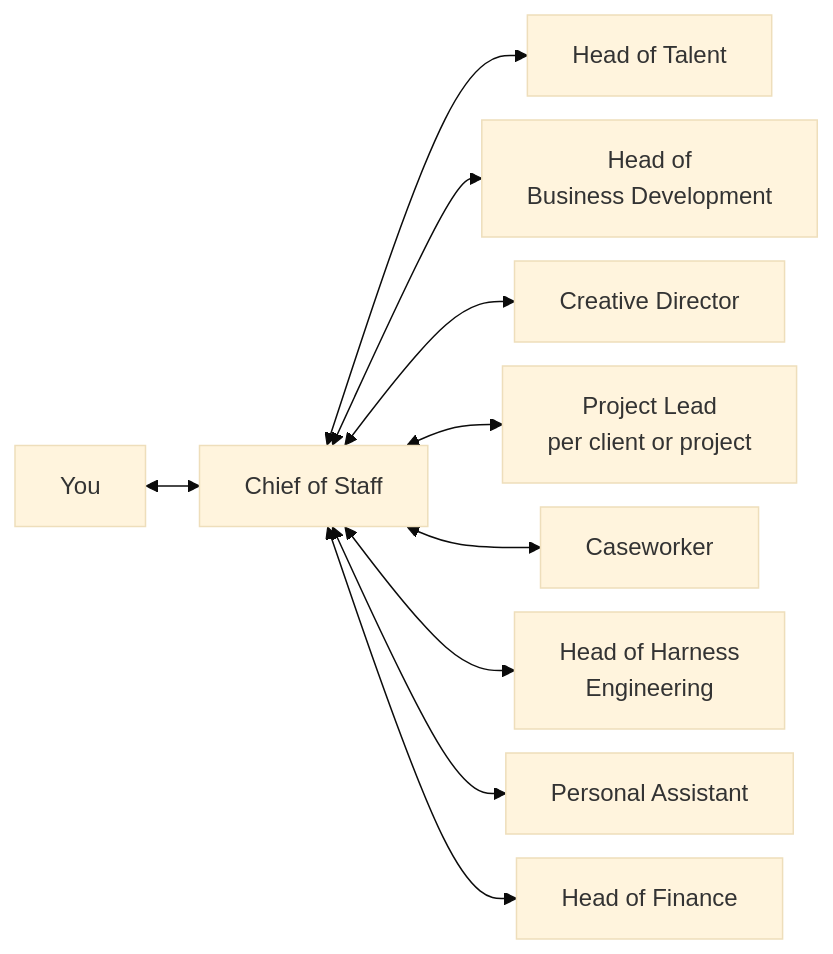
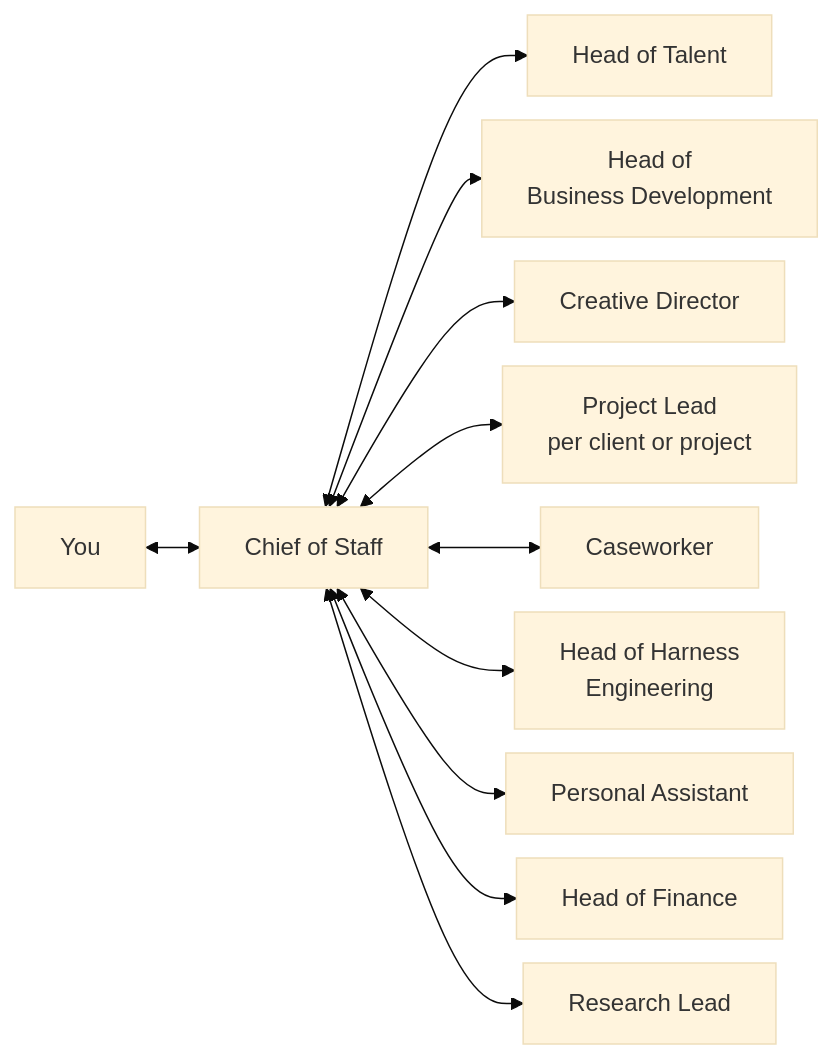
One commit to benohanlon/ooda-harness changed the first of 2 diagrams in README.md. Above: the diagram before and after it, drawn with Mermaid (base theme). The commit also changed other lines of this file and 4 other files, not shown here.

````diff
--- a/README.md
+++ b/README.md
@@ -105,22 +105,23 @@
 ```mermaid
 ---
 config:
   layout: dagre
   look: classic
   flowchart:
     nodeSpacing: 16
     rankSpacing: 36
     wrappingWidth: 200
     minNodeWidth: 0
 ---
 flowchart LR
     human["You"] <--> chief["Chief of Staff"]
     chief <--> talent["Head of Talent"]
     chief <--> business["Head of<br/>Business Development"]
     chief <--> creative["Creative Director"]
     chief <--> project["Project Lead<br/>per client or project"]
     chief <--> caseworker["Caseworker"]
     chief <--> engineering["Head of Harness<br/>Engineering"]
     chief <--> assistant["Personal Assistant"]
     chief <--> finance["Head of Finance"]
+    chief <--> research["Research Lead"]
 ```
````
